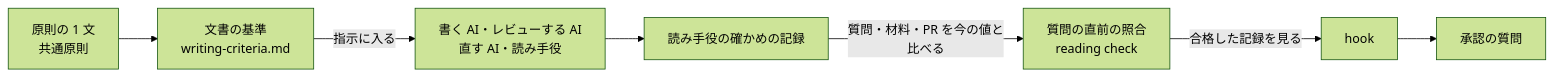
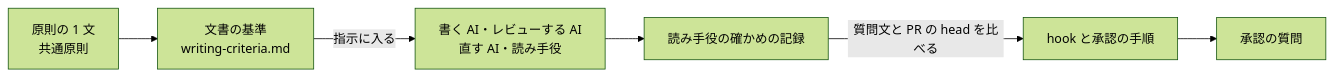
Before and after one commit to devbasex/ai-plugins: the second of 2 diagrams in issues/issue-4285-design.md, drawn with Mermaid (forest theme). The commit also changed other lines of this file and 2 other files, not shown here.

````diff
--- a/issues/issue-4285-design.md
+++ b/issues/issue-4285-design.md
@@ -38,9 +38,8 @@
 ```mermaid
 flowchart LR
     P["原則の 1 文<br/>共通原則"] --> R["文書の基準<br/>writing-criteria.md"]
     R -->|指示に入る| W["書く AI・レビューする AI<br/>直す AI・読み手役"]
     W --> K["読み手役の確かめの記録"]
-    K -->|質問・材料・PR を今の値と比べる| C["質問の直前の照合<br/>reading check"]
-    C -->|合格した記録を見る| H["hook"]
+    K -->|質問文と PR の head を比べる| H["hook と承認の手順"]
     H --> Q["承認の質問"]
 ```
````
